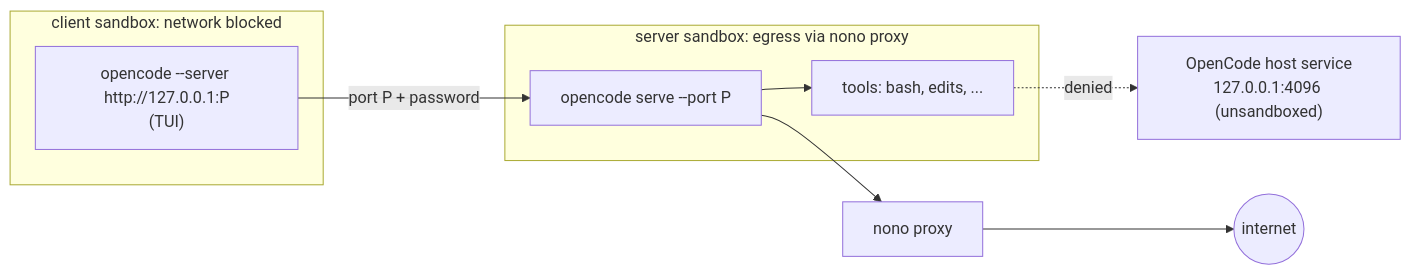
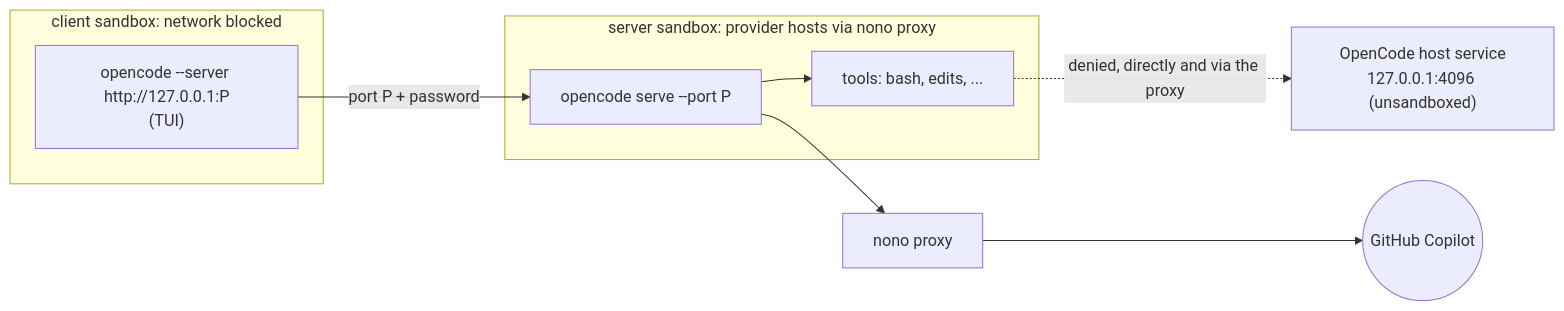
Before and after one commit to schemaitat/herdr-nono-plugin: the diagram in docs/security.md, drawn with Mermaid. The commit also changed other lines of this file and 22 other files, not shown here.

First line of the commit message:
fix: restrict server egress to GitHub Copilot so sandboxes cannot reach localhost

````diff
--- a/docs/security.md
+++ b/docs/security.md
@@ -22,13 +22,13 @@
 ```mermaid
 flowchart LR
     subgraph client["client sandbox: network blocked"]
       CLIENT["opencode --server http://127.0.0.1:P<br/>(TUI)"]
     end
-    subgraph server["server sandbox: egress via nono proxy"]
+    subgraph server["server sandbox: provider hosts via nono proxy"]
       SERVER["opencode serve --port P"] --> TOOLS["tools: bash, edits, ..."]
     end
     SVC["OpenCode host service<br/>127.0.0.1:4096 (unsandboxed)"]
     CLIENT -->|"port P + password"| SERVER
-    SERVER --> PROXY["nono proxy"] --> NET(("internet"))
-    TOOLS -. "denied" .-> SVC
+    SERVER --> PROXY["nono proxy"] --> NET(("GitHub Copilot"))
+    TOOLS -. "denied, directly and via the proxy" .-> SVC
 ```
````
